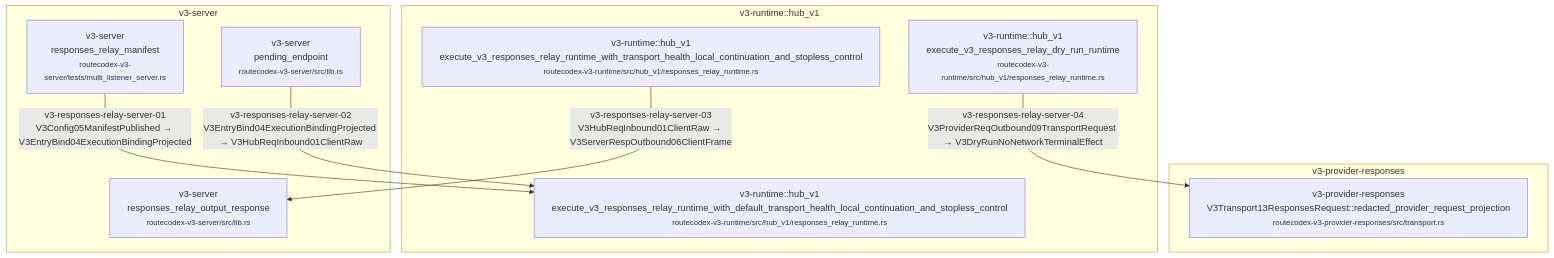
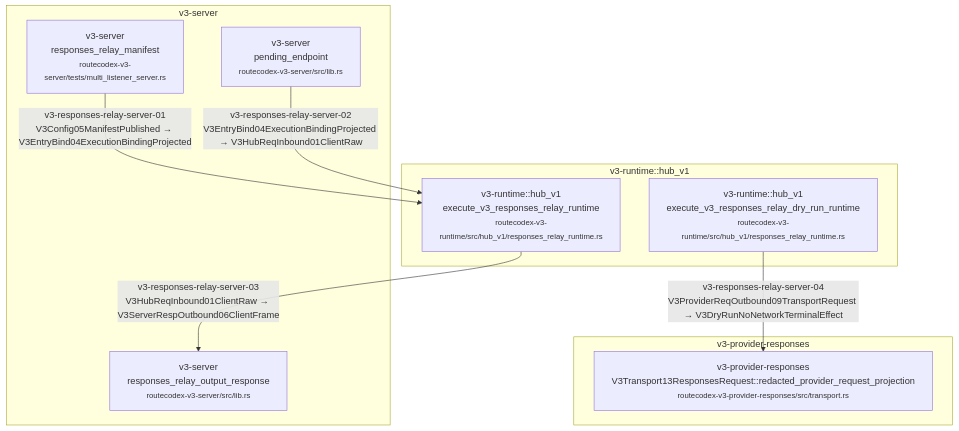
One commit to Jasonzhangf/routecodex changed diagram 31 of 37 in docs/architecture/wiki/v3-mainline-caller-flow.md. Above: the diagram before and after it, drawn with Mermaid. The commit also changed other lines of this file and 31 other files, not shown here.

````diff
--- a/docs/architecture/wiki/v3-mainline-caller-flow.md
+++ b/docs/architecture/wiki/v3-mainline-caller-flow.md
@@ -1310,20 +1310,19 @@
 ```mermaid
 flowchart TD
   subgraph c_29_v3_responses_relay_source_server_entry_m_v3_provider_responses["v3-provider-responses"]
-    c_29_v3_responses_relay_source_server_entry_6["v3-provider-responses<br/>V3Transport13ResponsesRequest::redacted_provider_request_projection<br/><small>routecodex-v3-provider-responses/src/transport.rs</small>"]
+    c_29_v3_responses_relay_source_server_entry_5["v3-provider-responses<br/>V3Transport13ResponsesRequest::redacted_provider_request_projection<br/><small>routecodex-v3-provider-responses/src/transport.rs</small>"]
   end
   subgraph c_29_v3_responses_relay_source_server_entry_m_v3_runtime__hub_v1["v3-runtime::hub_v1"]
-    c_29_v3_responses_relay_source_server_entry_1["v3-runtime::hub_v1<br/>execute_v3_responses_relay_runtime_with_default_transport_health_local_continuation_and_stopless_control<br/><small>routecodex-v3-runtime/src/hub_v1/responses_relay_runtime.rs</small>"]
-    c_29_v3_responses_relay_source_server_entry_3["v3-runtime::hub_v1<br/>execute_v3_responses_relay_runtime_with_transport_health_local_continuation_and_stopless_control<br/><small>routecodex-v3-runtime/src/hub_v1/responses_relay_runtime.rs</small>"]
-    c_29_v3_responses_relay_source_server_entry_5["v3-runtime::hub_v1<br/>execute_v3_responses_relay_dry_run_runtime<br/><small>routecodex-v3-runtime/src/hub_v1/responses_relay_runtime.rs</small>"]
+    c_29_v3_responses_relay_source_server_entry_1["v3-runtime::hub_v1<br/>execute_v3_responses_relay_runtime<br/><small>routecodex-v3-runtime/src/hub_v1/responses_relay_runtime.rs</small>"]
+    c_29_v3_responses_relay_source_server_entry_4["v3-runtime::hub_v1<br/>execute_v3_responses_relay_dry_run_runtime<br/><small>routecodex-v3-runtime/src/hub_v1/responses_relay_runtime.rs</small>"]
   end
   subgraph c_29_v3_responses_relay_source_server_entry_m_v3_server["v3-server"]
     c_29_v3_responses_relay_source_server_entry_0["v3-server<br/>responses_relay_manifest<br/><small>routecodex-v3-server/tests/multi_listener_server.rs</small>"]
     c_29_v3_responses_relay_source_server_entry_2["v3-server<br/>pending_endpoint<br/><small>routecodex-v3-server/src/lib.rs</small>"]
-    c_29_v3_responses_relay_source_server_entry_4["v3-server<br/>responses_relay_output_response<br/><small>routecodex-v3-server/src/lib.rs</small>"]
+    c_29_v3_responses_relay_source_server_entry_3["v3-server<br/>responses_relay_output_response<br/><small>routecodex-v3-server/src/lib.rs</small>"]
   end
   c_29_v3_responses_relay_source_server_entry_0 -->|v3-responses-relay-server-01<br/>V3Config05ManifestPublished → V3EntryBind04ExecutionBindingProjected| c_29_v3_responses_relay_source_server_entry_1
   c_29_v3_responses_relay_source_server_entry_2 -->|v3-responses-relay-server-02<br/>V3EntryBind04ExecutionBindingProjected → V3HubReqInbound01ClientRaw| c_29_v3_responses_relay_source_server_entry_1
-  c_29_v3_responses_relay_source_server_entry_3 -->|v3-responses-relay-server-03<br/>V3HubReqInbound01ClientRaw → V3ServerRespOutbound06ClientFrame| c_29_v3_responses_relay_source_server_entry_4
-  c_29_v3_responses_relay_source_server_entry_5 -->|v3-responses-relay-server-04<br/>V3ProviderReqOutbound09TransportRequest → V3DryRunNoNetworkTerminalEffect| c_29_v3_responses_relay_source_server_entry_6
+  c_29_v3_responses_relay_source_server_entry_1 -->|v3-responses-relay-server-03<br/>V3HubReqInbound01ClientRaw → V3ServerRespOutbound06ClientFrame| c_29_v3_responses_relay_source_server_entry_3
+  c_29_v3_responses_relay_source_server_entry_4 -->|v3-responses-relay-server-04<br/>V3ProviderReqOutbound09TransportRequest → V3DryRunNoNetworkTerminalEffect| c_29_v3_responses_relay_source_server_entry_5
 ```
````
